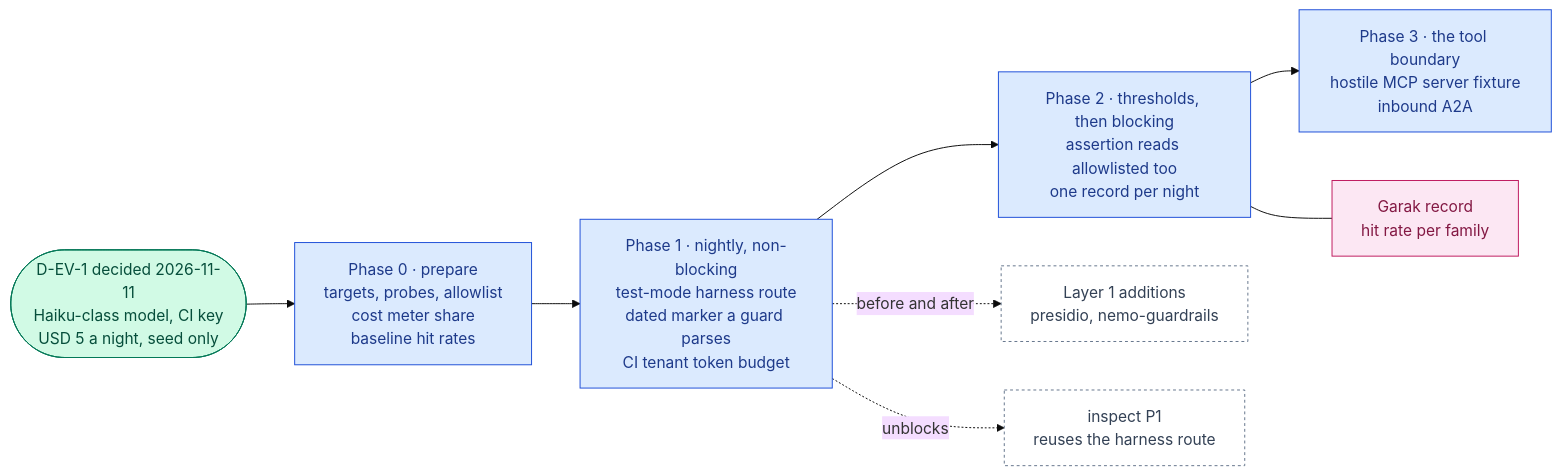
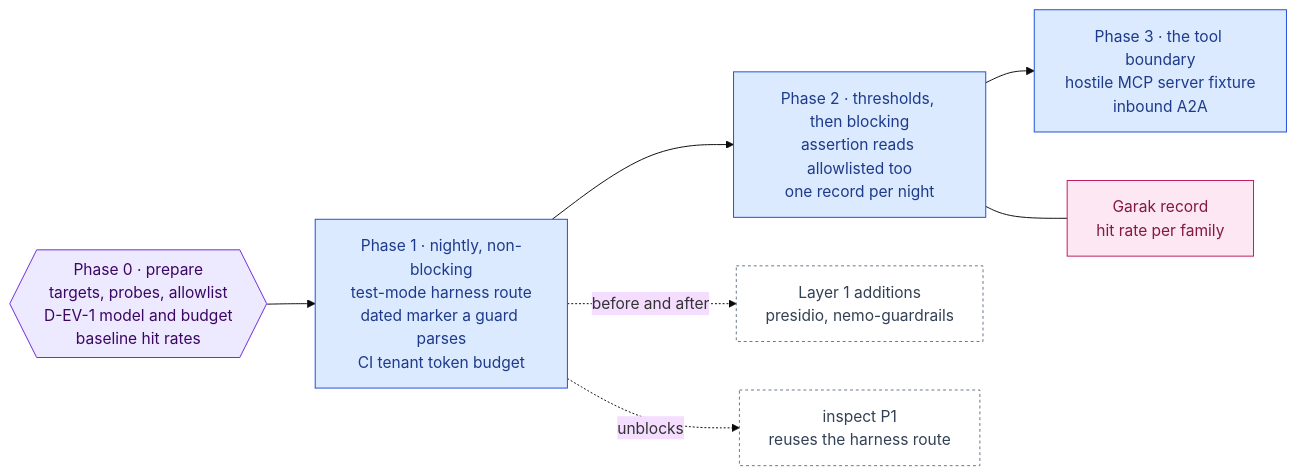
The diagram in docs/ai-architecture/garak.md (RodnaPamet/inflect-compliance), drawn with Mermaid (base theme) before and after one commit. The commit also changed other lines of this file and 13 other files, not shown here.

````diff
--- a/docs/ai-architecture/garak.md
+++ b/docs/ai-architecture/garak.md
@@ -33,22 +30,21 @@
 ```mermaid
 flowchart LR
-  DEV1(["D-EV-1 decided 2026-11-11<br/>Haiku-class model, CI key<br/>USD 5 a night, seed only"]):::done
-  P0["Phase 0 · prepare<br/>targets, probes, allowlist<br/>cost meter share<br/>baseline hit rates"]:::todo
+  P0{{"Phase 0 · prepare<br/>targets, probes, allowlist<br/>D-EV-1 model and budget<br/>baseline hit rates"}}:::gate
   P1["Phase 1 · nightly, non-blocking<br/>test-mode harness route<br/>dated marker a guard parses<br/>CI tenant token budget"]:::todo
   P2["Phase 2 · thresholds, then blocking<br/>assertion reads allowlisted too<br/>one record per night"]:::todo
   P3["Phase 3 · the tool boundary<br/>hostile MCP server fixture<br/>inbound A2A"]:::todo
   L1["Layer 1 additions<br/>presidio, nemo-guardrails"]:::ext
   INS["inspect P1<br/>reuses the harness route"]:::ext
   REC["Garak record<br/>hit rate per family"]:::eval
-  DEV1 --> P0 --> P1 --> P2 --> P3
+  P0 --> P1 --> P2 --> P3
   P1 -.->|before and after| L1
   P1 -.->|unblocks| INS
   P2 --- REC
 
   classDef done fill:#d1fae5,stroke:#047857,color:#064e3b
   classDef todo fill:#dbeafe,stroke:#1d4ed8,color:#1e3a8a
   classDef gate fill:#ede9fe,stroke:#6d28d9,color:#3b0764
   classDef ext fill:#ffffff,stroke:#64748b,color:#334155,stroke-dasharray:3 3
   classDef eval fill:#fce7f3,stroke:#be185d,color:#831843
   classDef declined fill:#f3f4f6,stroke:#6b7280,color:#374151,stroke-dasharray:4 3
 ```
````
